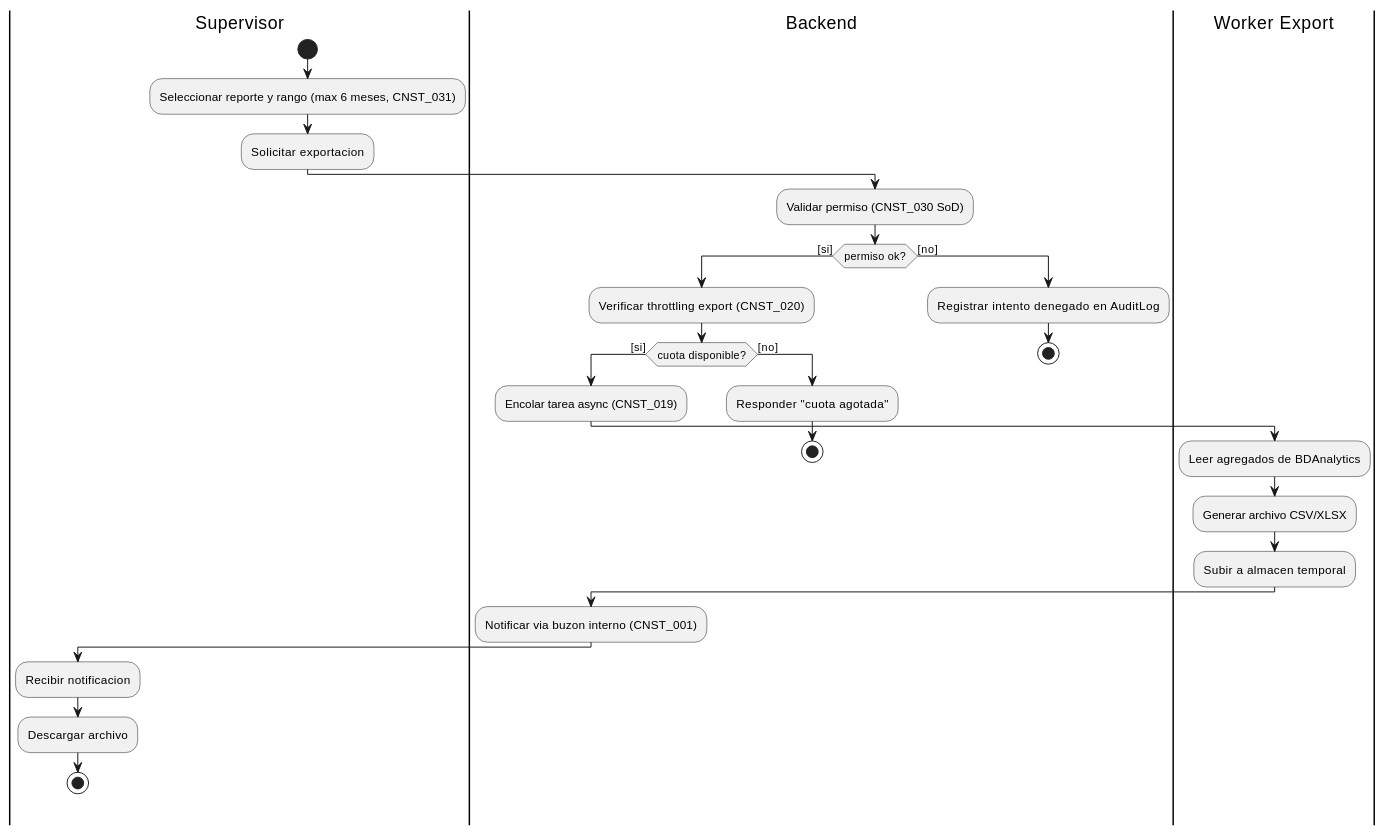
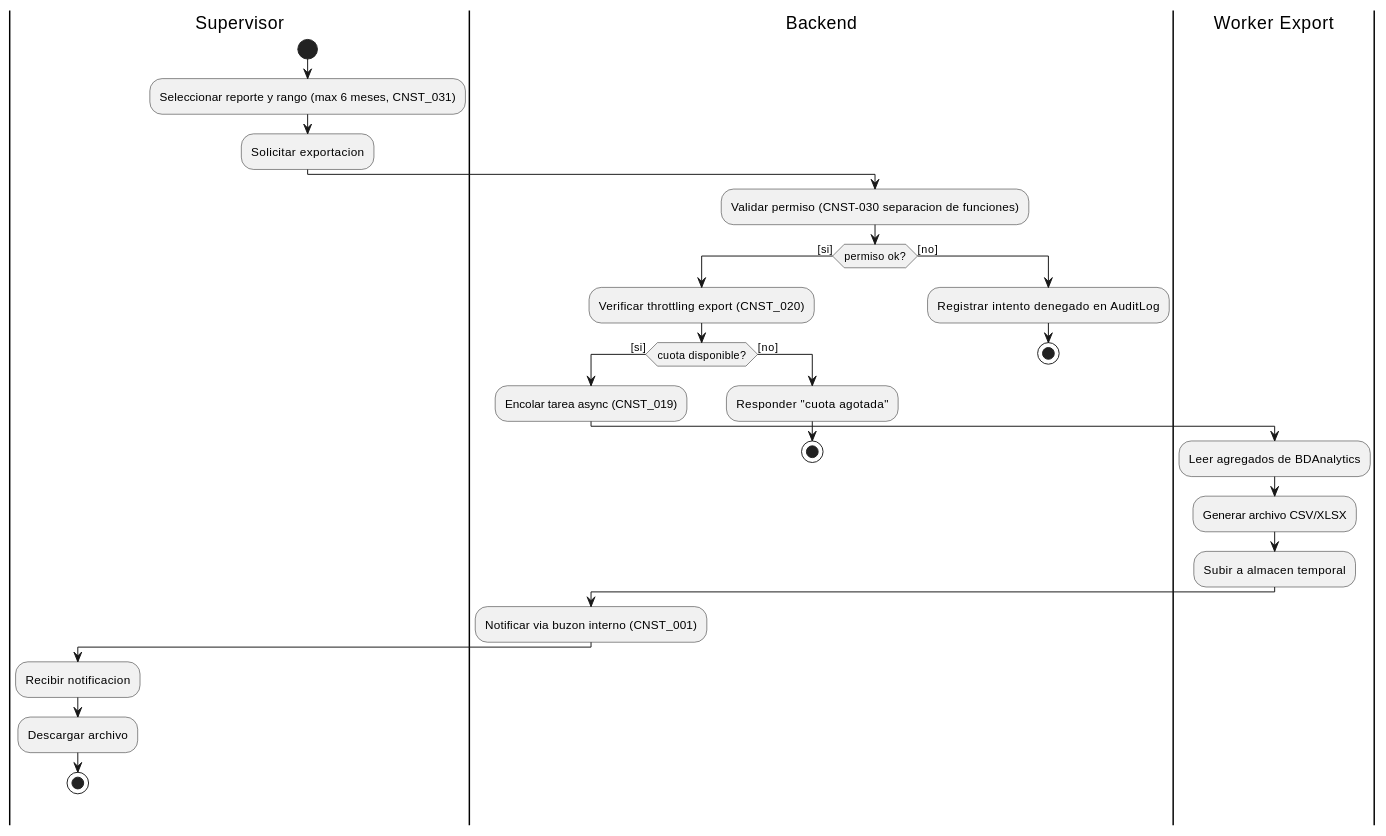
Before and after one commit to jcg-admin/IACT-docs: the diagram in source/requisitos/_metodologia-aplicacion/diagramas-actividades/ejemplo-iact-uc-rpt-04-exportar-reporte.rst, drawn with PlantUML. The commit also changed 15 other files, not shown here.

```diff
--- a/source/requisitos/_metodologia-aplicacion/diagramas-actividades/ejemplo-iact-uc-rpt-04-exportar-reporte.rst
+++ b/source/requisitos/_metodologia-aplicacion/diagramas-actividades/ejemplo-iact-uc-rpt-04-exportar-reporte.rst
@@ -4,33 +4,33 @@
 .. uml::
 
    @startuml
    |Supervisor|
    start
    :Seleccionar reporte y rango (max 6 meses, CNST_031);
    :Solicitar exportacion;
    |Backend|
-   :Validar permiso (CNST_030 SoD);
+   :Validar permiso (CNST-030 separacion de funciones);
    if (permiso ok?) then ([si])
      :Verificar throttling export (CNST_020);
      if (cuota disponible?) then ([si])
        :Encolar tarea async (CNST_019);
        |Worker Export|
        :Leer agregados de BDAnalytics;
        :Generar archivo CSV/XLSX;
        :Subir a almacen temporal;
        |Backend|
        :Notificar via buzon interno (CNST_001);
        |Supervisor|
        :Recibir notificacion;
        :Descargar archivo;
        stop
      else ([no])
        |Backend|
        :Responder "cuota agotada";
        stop
      endif
    else ([no])
      :Registrar intento denegado en AuditLog;
      stop
    endif
    @enduml
```
